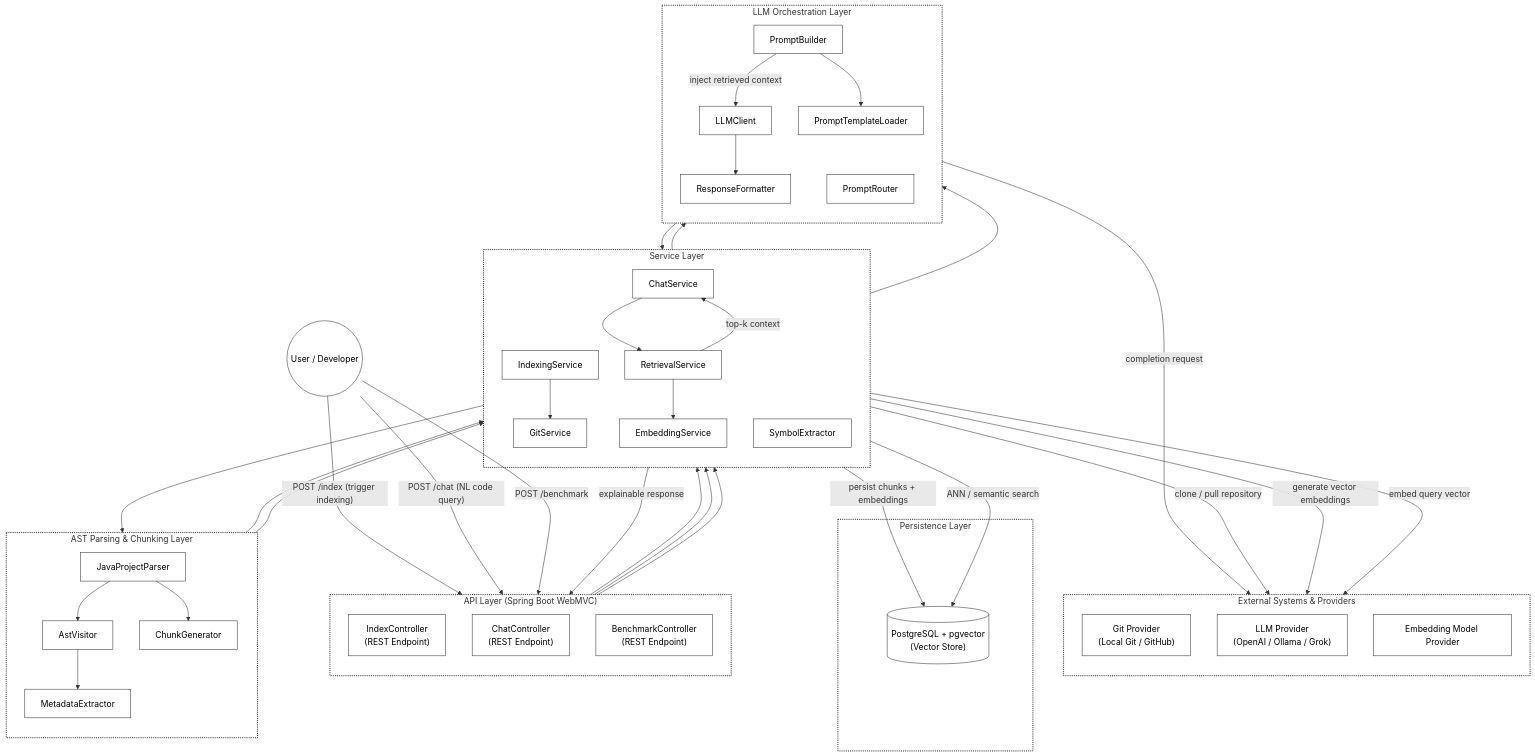
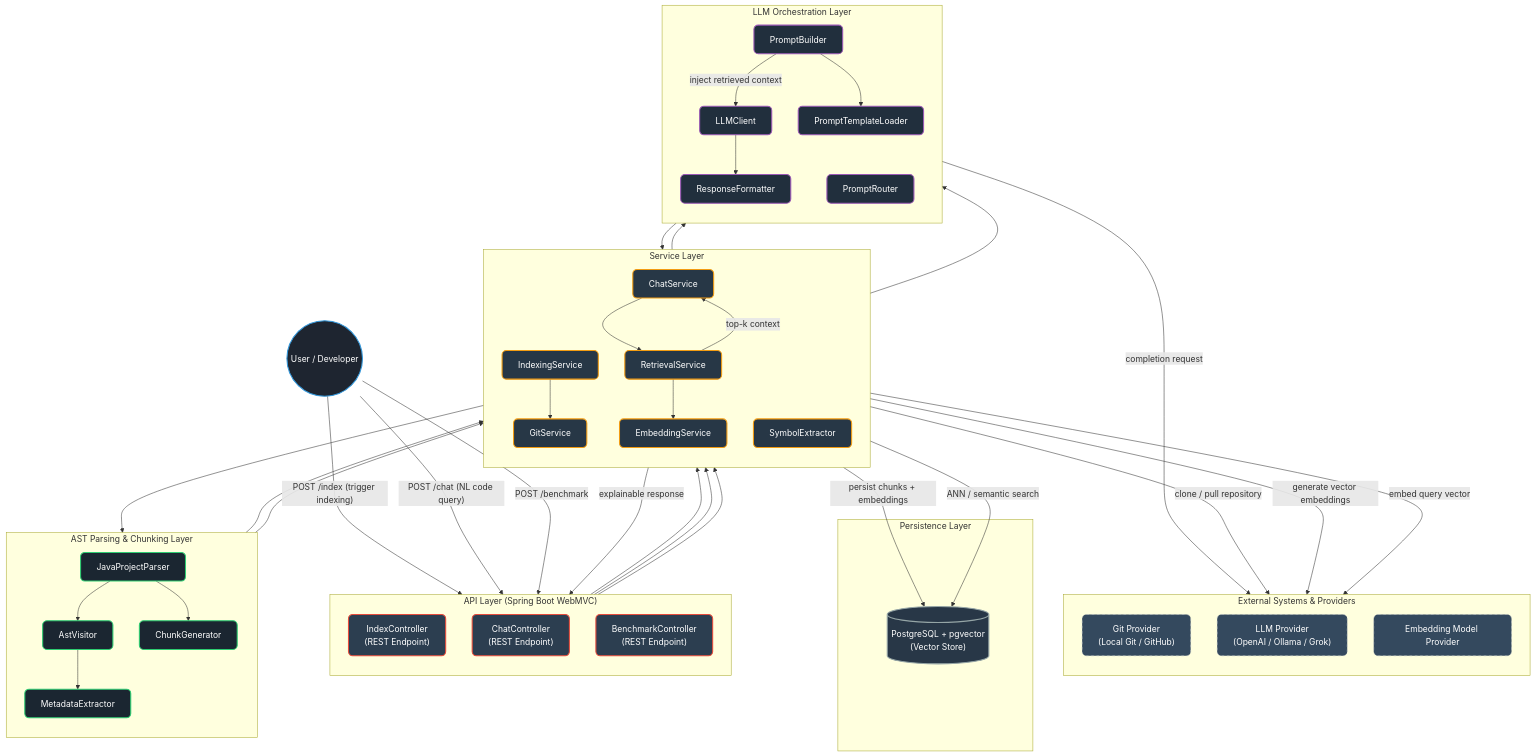
Before and after one commit to shravan606756/ASTra: the diagram in README.md, drawn with Mermaid. The commit also changed other lines of this file, not shown here.

Commit message:
updated architectural diagram

````diff
--- a/README.md
+++ b/README.md
@@ -26,50 +26,59 @@
 ```mermaid
 flowchart TB
-    User((User / Developer))
+    %% Define Styles
+    classDef ui fill:#1E2530,stroke:#3498DB,stroke-width:2px,color:#FFF,rx:8px,ry:8px;
+    classDef api fill:#2C3E50,stroke:#E74C3C,stroke-width:2px,color:#FFF,rx:8px,ry:8px;
+    classDef service fill:#273746,stroke:#F39C12,stroke-width:2px,color:#FFF,rx:8px,ry:8px;
+    classDef parsing fill:#1B2631,stroke:#2ECC71,stroke-width:2px,color:#FFF,rx:8px,ry:8px;
+    classDef ai fill:#212F3D,stroke:#9B59B6,stroke-width:2px,color:#FFF,rx:8px,ry:8px;
+    classDef models fill:#283747,stroke:#95A5A6,stroke-width:2px,color:#FFF,rx:8px,ry:8px;
+    classDef external fill:#34495E,stroke:#BDC3C7,stroke-dasharray: 5 5,color:#FFF,rx:8px,ry:8px;
+
+    User((User / Developer)):::ui
 
     subgraph External["External Systems & Providers"]
         direction TB
-        Git["Git Provider\n(Local Git / GitHub)"]
-        LLM["LLM Provider\n(OpenAI / Ollama / Grok)"]
-        EmbedModel["Embedding Model Provider"]
+        Git["Git Provider\n(Local Git / GitHub)"]:::external
+        LLM["LLM Provider\n(OpenAI / Ollama / Grok)"]:::external
+        EmbedModel["Embedding Model Provider"]:::external
     end
 
     subgraph DB["Persistence Layer"]
-        PostgreSQL[("PostgreSQL + pgvector\n(Vector Store)")]
+        PostgreSQL[("PostgreSQL + pgvector\n(Vector Store)")]:::models
     end
 
     subgraph Web["API Layer (Spring Boot WebMVC)"]
         direction TB
-        IndexCtrl["IndexController\n(REST Endpoint)"]
-        ChatCtrl["ChatController\n(REST Endpoint)"]
-        BenchCtrl["BenchmarkController\n(REST Endpoint)"]
+        IndexCtrl["IndexController\n(REST Endpoint)"]:::api
+        ChatCtrl["ChatController\n(REST Endpoint)"]:::api
+        BenchCtrl["BenchmarkController\n(REST Endpoint)"]:::api
     end
 
     subgraph Services["Service Layer"]
         direction TB
-        IndexSvc["IndexingService"]
-        ChatSvc["ChatService"]
-        GitSvc["GitService"]
-        EmbedSvc["EmbeddingService"]
-        RetrieveSvc["RetrievalService"]
-        SymbolExt["SymbolExtractor"]
+        IndexSvc["IndexingService"]:::service
+        ChatSvc["ChatService"]:::service
+        GitSvc["GitService"]:::service
+        EmbedSvc["EmbeddingService"]:::service
+        RetrieveSvc["RetrievalService"]:::service
+        SymbolExt["SymbolExtractor"]:::service
     end
 
     subgraph Parser["AST Parsing & Chunking Layer"]
         direction TB
-        JavaParser["JavaProjectParser"]
-        ASTVis["AstVisitor"]
-        Metadata["MetadataExtractor"]
-        ChunkGen["ChunkGenerator"]
+        JavaParser["JavaProjectParser"]:::parsing
+        ASTVis["AstVisitor"]:::parsing
+        Metadata["MetadataExtractor"]:::parsing
+        ChunkGen["ChunkGenerator"]:::parsing
     end
 
     subgraph AI["LLM Orchestration Layer"]
         direction TB
-        LLMClient["LLMClient"]
-        PromptBld["PromptBuilder"]
-        PromptRtr["PromptRouter"]
-        PromptTpl["PromptTemplateLoader"]
-        ResFmt["ResponseFormatter"]
+        LLMClient["LLMClient"]:::ai
+        PromptBld["PromptBuilder"]:::ai
+        PromptRtr["PromptRouter"]:::ai
+        PromptTpl["PromptTemplateLoader"]:::ai
+        ResFmt["ResponseFormatter"]:::ai
     end
 
     User -->|"POST /index (trigger indexing)"| IndexCtrl
@@ -103,8 +112,4 @@
 
     User -->|"POST /benchmark"| BenchCtrl
     BenchCtrl --> ChatSvc
-
-    classDef default fill:none,stroke:#333333,stroke-width:1px,color:#000000;
-    classDef boundary fill:none,stroke:#000000,stroke-width:1.5px,stroke-dasharray:2 2;
-    class External,DB,Web,Services,Parser,AI boundary;
 ```
````
